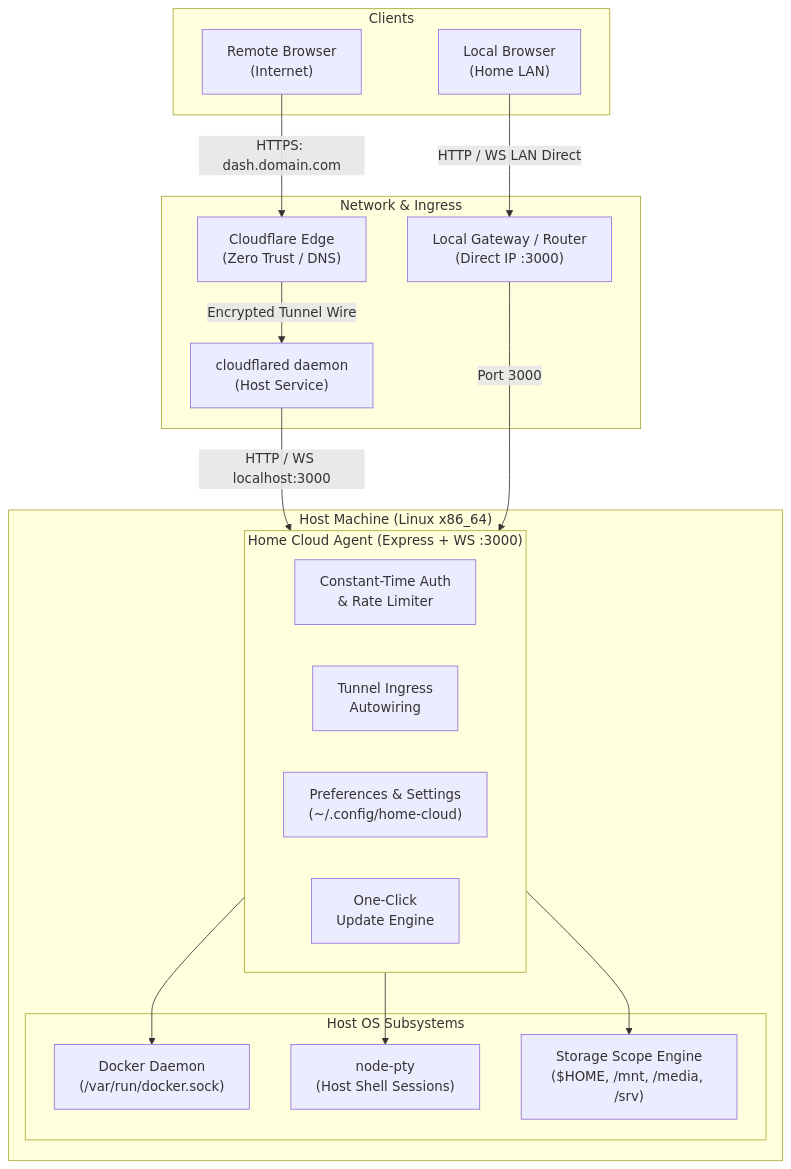
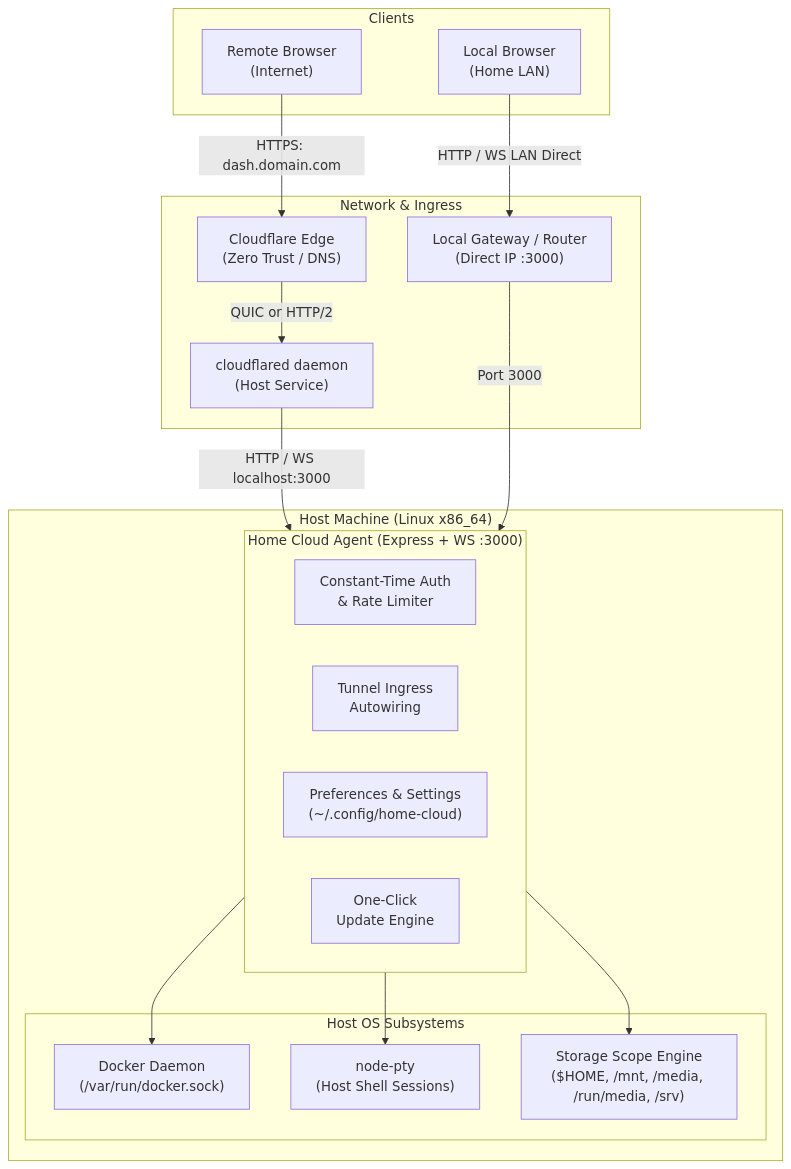
Before and after one commit to Cypher0071/Home_Cloud: the diagram in README.md, drawn with Mermaid. The commit also changed other lines of this file and 61 other files, not shown here.

````diff
--- a/README.md
+++ b/README.md
@@ -33,39 +33,39 @@
 ```mermaid
 flowchart TD
     subgraph Clients["Clients"]
         RemoteClient["Remote Browser\n(Internet)"]
         LocalClient["Local Browser\n(Home LAN)"]
     end
 
     subgraph Network["Network & Ingress"]
         CF["Cloudflare Edge\n(Zero Trust / DNS)"]
         CFTunnel["cloudflared daemon\n(Host Service)"]
         LANRouter["Local Gateway / Router\n(Direct IP :3000)"]
     end
 
     subgraph Host["Host Machine (Linux x86_64)"]
         subgraph CoreAgent["Home Cloud Agent (Express + WS :3000)"]
             AuthMod["Constant-Time Auth\n& Rate Limiter"]
             IngressSvc["Tunnel Ingress\nAutowiring"]
             PrefSvc["Preferences & Settings\n(~/.config/home-cloud)"]
             UpdateMgr["One-Click\nUpdate Engine"]
         end
 
         subgraph Subsystems["Host OS Subsystems"]
             DockerEngine["Docker Daemon\n(/var/run/docker.sock)"]
             HostPTY["node-pty\n(Host Shell Sessions)"]
-            HostFS["Storage Scope Engine\n($HOME, /mnt, /media, /srv)"]
+            HostFS["Storage Scope Engine\n($HOME, /mnt, /media, /run/media, /srv)"]
         end
     end
 
     RemoteClient -->|HTTPS: dash.domain.com| CF
-    CF -->|Encrypted Tunnel Wire| CFTunnel
+    CF -->|QUIC or HTTP/2| CFTunnel
     CFTunnel -->|HTTP / WS localhost:3000| CoreAgent
 
     LocalClient -->|HTTP / WS LAN Direct| LANRouter
     LANRouter -->|Port 3000| CoreAgent
 
     CoreAgent --> DockerEngine
     CoreAgent --> HostPTY
     CoreAgent --> HostFS
 ```
````
